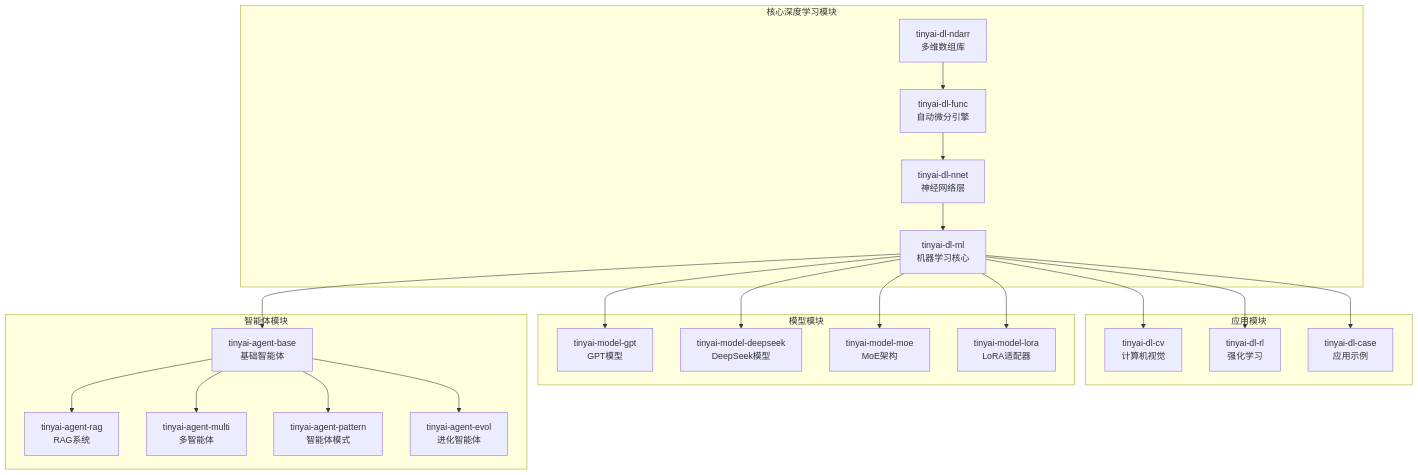
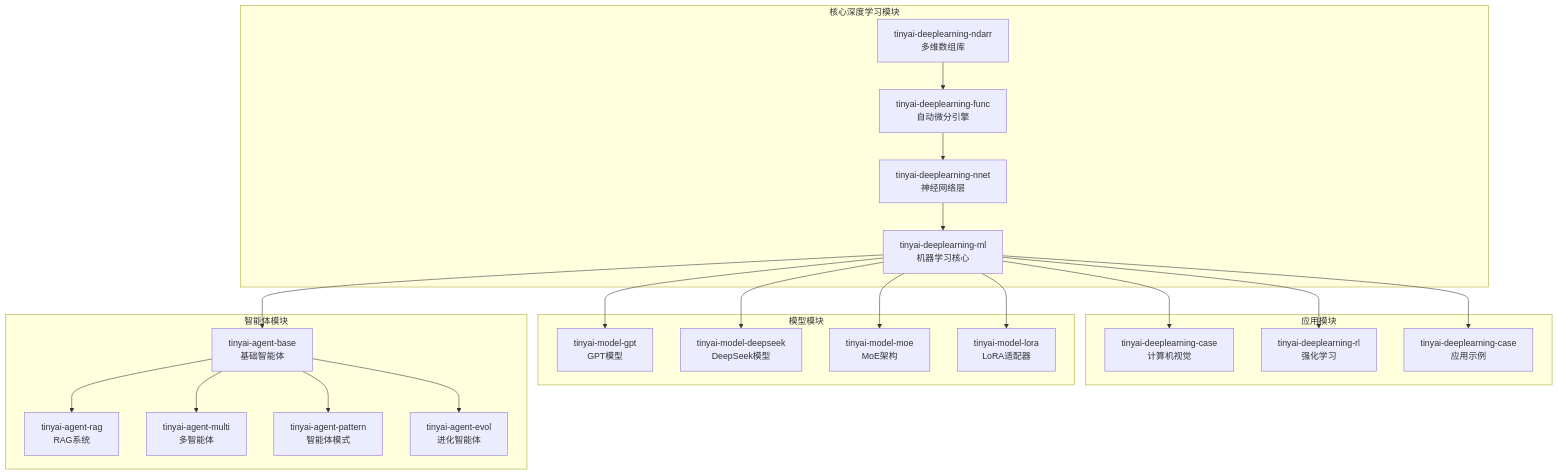
One commit to Leavesfly/TinyAI changed the first of 3 diagrams in .qoder/repowiki/zh/content/开发者指南.md. Above: the diagram before and after it, drawn with Mermaid. The commit also changed other lines of this file and 40 other files, not shown here.

````diff
--- a/.qoder/repowiki/zh/content/开发者指南.md
+++ b/.qoder/repowiki/zh/content/开发者指南.md
@@ -123,42 +123,42 @@
 ```mermaid
 graph TB
 subgraph "核心深度学习模块"
-NDARR[tinyai-dl-ndarr<br/>多维数组库]
-FUNC[tinyai-dl-func<br/>自动微分引擎]
-NNET[tinyai-dl-nnet<br/>神经网络层]
-ML[tinyai-dl-ml<br/>机器学习核心]
+NDARR[tinyai-deeplearning-ndarr<br/>多维数组库]
+FUNC[tinyai-deeplearning-func<br/>自动微分引擎]
+NNET[tinyai-deeplearning-nnet<br/>神经网络层]
+ML[tinyai-deeplearning-ml<br/>机器学习核心]
 end
 subgraph "应用模块"
-CV[tinyai-dl-cv<br/>计算机视觉]
-RL[tinyai-dl-rl<br/>强化学习]
-CASE[tinyai-dl-case<br/>应用示例]
+CV[tinyai-deeplearning-case<br/>计算机视觉]
+RL[tinyai-deeplearning-rl<br/>强化学习]
+CASE[tinyai-deeplearning-case<br/>应用示例]
 end
 subgraph "模型模块"
 GPT[tinyai-model-gpt<br/>GPT模型]
 DEEPSEEK[tinyai-model-deepseek<br/>DeepSeek模型]
 MOE[tinyai-model-moe<br/>MoE架构]
 LORA[tinyai-model-lora<br/>LoRA适配器]
 end
 subgraph "智能体模块"
 BASE[tinyai-agent-base<br/>基础智能体]
 RAG[tinyai-agent-rag<br/>RAG系统]
 MULTI[tinyai-agent-multi<br/>多智能体]
 PATTERN[tinyai-agent-pattern<br/>智能体模式]
 EVOL[tinyai-agent-evol<br/>进化智能体]
 end
 NDARR --> FUNC
 FUNC --> NNET
 NNET --> ML
 ML --> CV
 ML --> RL
 ML --> CASE
 ML --> GPT
 ML --> DEEPSEEK
 ML --> MOE
 ML --> LORA
 ML --> BASE
 BASE --> RAG
 BASE --> MULTI
 BASE --> PATTERN
 BASE --> EVOL
 ```
````
